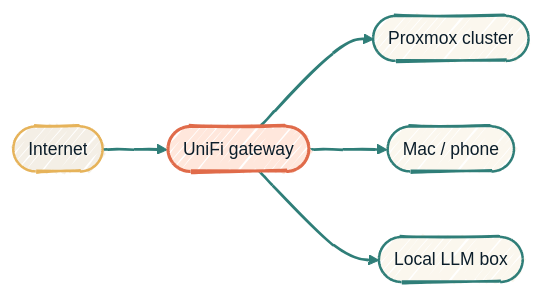
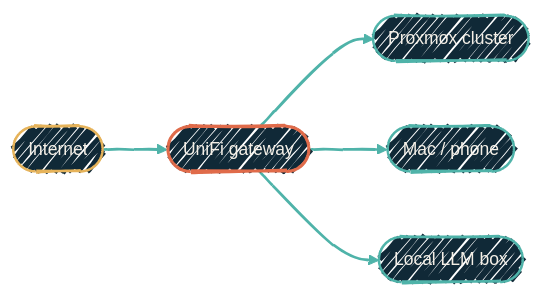
The first of 2 diagrams in about/homelab.mdx (dryvist/docs), drawn with Mermaid before and after one commit. The commit also changed other lines of this file and 11 other files, not shown here.

````diff
--- a/about/homelab.mdx
+++ b/about/homelab.mdx
@@ -25,24 +25,24 @@
 ```mermaid
-%%{init: {'theme':'base','look':'handDrawn','themeVariables':{'fontFamily':'Geist','fontSize':'14px','primaryColor':'#FBF7EE','primaryTextColor':'#0B1D2A','primaryBorderColor':'#2F7E78','lineColor':'#2F7E78','secondaryColor':'#F4EFE6','tertiaryColor':'#FFE7DC','clusterBkg':'rgba(47,126,120,0.06)','clusterBorder':'#2F7E78'}}}%%
+%%{init: {'theme':'base','look':'handDrawn','themeVariables':{'fontFamily':'Geist','fontSize':'14px','primaryColor':'#102937','primaryTextColor':'#F4EFE6','primaryBorderColor':'#4FB3A9','lineColor':'#4FB3A9','secondaryColor':'#0B1D2A','tertiaryColor':'#1A2A38','clusterBkg':'rgba(79,179,169,0.08)','clusterBorder':'#4FB3A9'}}}%%
 flowchart LR
   Net([Internet])
   UF([UniFi gateway])
   PVE([Proxmox cluster])
   Mac([Mac / phone])
   LLM([Local LLM box])
 
   Net --> UF
   UF --> PVE
   UF --> Mac
   UF --> LLM
 
-  classDef external fill:#F4EFE6,stroke:#E6B35A,stroke-width:2px,color:#0B1D2A;
-  classDef gateway  fill:#FFE7DC,stroke:#E06B4A,stroke-width:2.5px,color:#0B1D2A;
-  classDef cluster  fill:#FBF7EE,stroke:#2F7E78,stroke-width:2px,color:#0B1D2A;
+  classDef external fill:#102937,stroke:#E6B35A,stroke-width:2px,color:#F4EFE6;
+  classDef gateway  fill:#102937,stroke:#E06B4A,stroke-width:2.5px,color:#F4EFE6;
+  classDef cluster  fill:#102937,stroke:#4FB3A9,stroke-width:2px,color:#F4EFE6;
 
   class Net external
   class UF gateway
   class PVE,Mac,LLM cluster
 
-  linkStyle 0,1,2,3 stroke:#2F7E78,stroke-width:2px;
+  linkStyle 0,1,2,3 stroke:#4FB3A9,stroke-width:2px;
 ```
````
